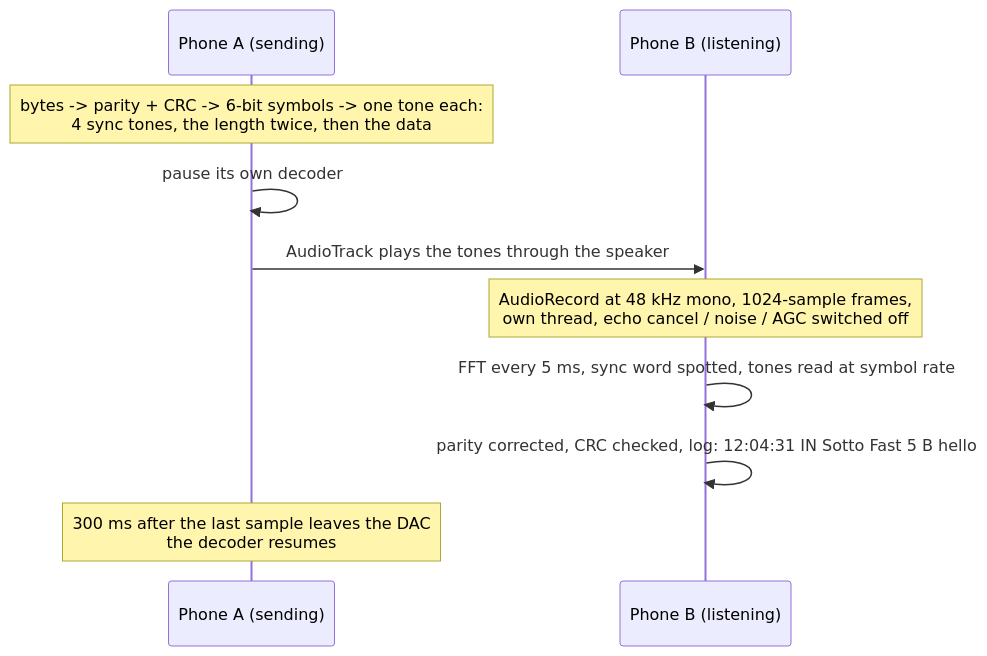
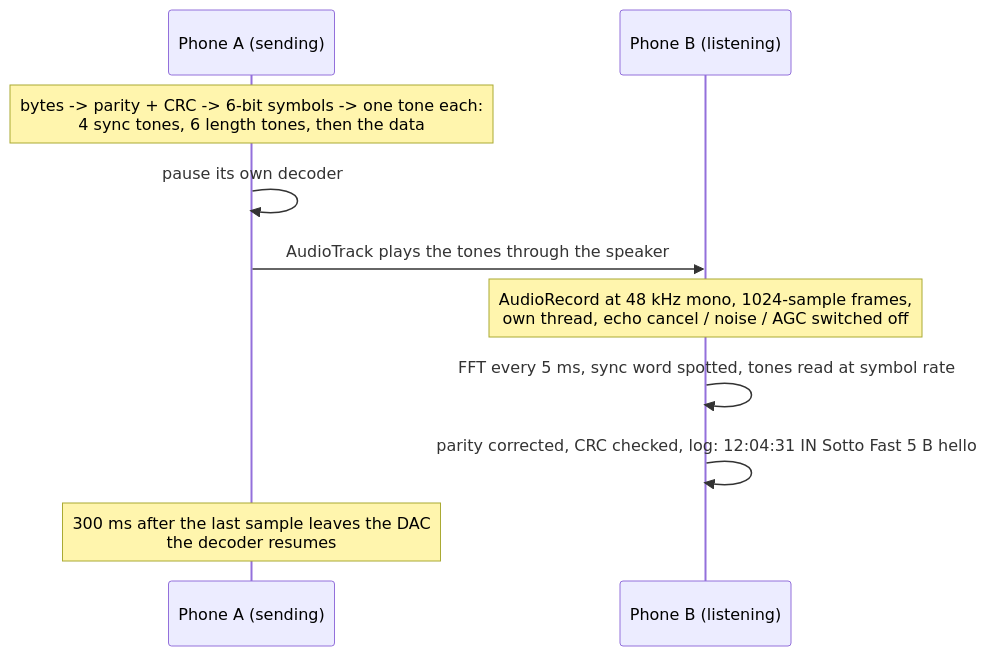
One commit to retrocodes12/sotto changed the diagram in README.md. Above: the diagram before and after it, drawn with Mermaid. The commit also changed other lines of this file and 5 other files, not shown here.

````diff
--- a/README.md
+++ b/README.md
@@ -30,12 +30,12 @@
 ```mermaid
 sequenceDiagram
     participant A as Phone A (sending)
     participant B as Phone B (listening)
-    Note over A: bytes -> parity + CRC -> 6-bit symbols -> one tone each:<br/>4 sync tones, the length twice, then the data
+    Note over A: bytes -> parity + CRC -> 6-bit symbols -> one tone each:<br/>4 sync tones, 6 length tones, then the data
     A->>A: pause its own decoder
     A->>B: AudioTrack plays the tones through the speaker
     Note over B: AudioRecord at 48 kHz mono, 1024-sample frames,<br/>own thread, echo cancel / noise / AGC switched off
     B->>B: FFT every 5 ms, sync word spotted, tones read at symbol rate
     B->>B: parity corrected, CRC checked, log: 12:04:31 IN Sotto Fast 5 B hello
     Note over A: 300 ms after the last sample leaves the DAC<br/>the decoder resumes
 ```
````
